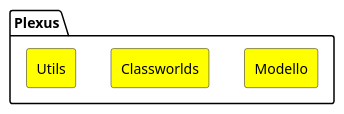
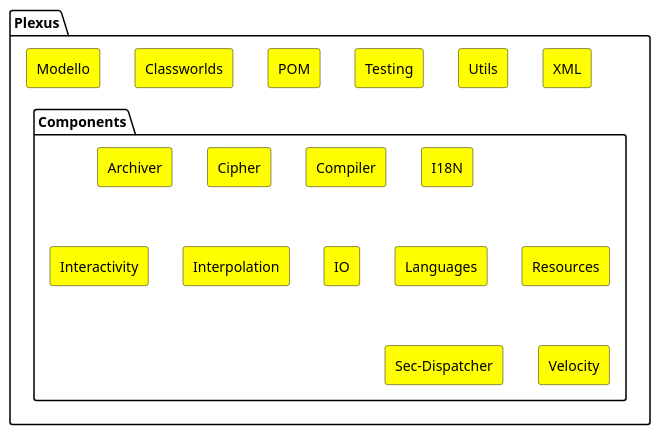
One commit to apache/maven-site changed the diagram in src/plantuml/maven-sources/plexus.puml. Above: the diagram before and after it, drawn with PlantUML.

Commit message:
Add missing modules to Maven "plexus" overview (#794)
These modules were missing in the graphics.

Additionally the modules were ordered (slightly)
lexicographically to make alignment
with apache-sources/default.xml easier.

```diff
--- a/src/plantuml/maven-sources/plexus.puml
+++ b/src/plantuml/maven-sources/plexus.puml
@@ -19,24 +19,74 @@
 @startuml
 
 <style>
     rectangle {
         BackgroundColor Yellow
     }
 }
 </style>
 
+'Keep ordering of SCM 'default.xml' repo manifest
 package "Plexus" {
+  rectangle "Modello"
+  rectangle "Classworlds"
+
+  package "Components" {
+    rectangle "Archiver"
+    rectangle "Cipher"
+    rectangle "Compiler"
+    rectangle "I18N"
+    rectangle "Interactivity"
+    rectangle "Interpolation"
+    rectangle "IO"
+    rectangle "Languages"
+    rectangle "Resources"
+    rectangle "Sec-Dispatcher"
+    rectangle "Velocity"
+  }
+
+  rectangle "POM"
+  rectangle "Testing"
   rectangle "Utils"
-  rectangle "Classworlds"
-  rectangle "Modello"
+  rectangle "XML"
 }
 
 'hidden dependencies to change layout
-"Utils" -[hidden]right-> "Classworlds"
-"Classworlds" -[hidden]right-> "Modello"
+"Modello" -[hidden]right-> "Classworlds"
+"Classworlds" -[hidden]down-> "Archiver"
 
+"Archiver" -[hidden]right-> "Cipher"
+"Cipher" -[hidden]right-> "Compiler"
+"Compiler" -[hidden]right-> "I18N"
+"I18N" -[hidden]down-> "Interactivity"
+
+"Interactivity" -[hidden]right-> "Interpolation"
+"Interpolation" -[hidden]right-> "IO"
+"IO" -[hidden]right-> "Languages"
+"Languages" -[hidden]right-> "Resources"
+"Resources" -[hidden]down-> "Sec-Dispatcher"
+"Sec-Dispatcher" -[hidden]right-> "Velocity"
+
+"Classworlds" -[hidden]right-> "POM"
+"POM" -[hidden]right-> "Testing"
+"Testing" -[hidden]right-> "Utils"
+"Utils" -[hidden]right-> "XML"
+
+url of "Modello" is [[https://github.com/codehaus-plexus/modello]]
+url of "Classworlds" is [[https://github.com/codehaus-plexus/plexus-classworlds]]
+url of "Archiver" is [[https://github.com/codehaus-plexus/plexus-archiver]]
+url of "Cipher" is [[https://github.com/codehaus-plexus/plexus-cipher]]
+url of "Compiler" is [[https://github.com/codehaus-plexus/plexus-compiler]]
+url of "I18N" is [[https://github.com/codehaus-plexus/plexus-i18n]]
+url of "Interactivity" is [[https://github.com/codehaus-plexus/plexus-interactivity]]
+url of "Interpolation" is [[https://github.com/codehaus-plexus/plexus-interpolation]]
+url of "IO" is [[https://github.com/codehaus-plexus/plexus-io]]
+url of "Languages" is [[https://github.com/codehaus-plexus/plexus-languages]]
+url of "Resources" is [[https://github.com/codehaus-plexus/plexus-resources]]
+url of "Sec-Dispatcher" is [[https://github.com/codehaus-plexus/plexus-sec-dispatcher]]
+url of "Velocity" is [[https://github.com/codehaus-plexus/plexus-velocity]]
+url of "POM" is [[https://github.com/codehaus-plexus/plexus-pom]]
+url of "Testing" is [[https://github.com/codehaus-plexus/plexus-testing]]
 url of "Utils" is [[https://github.com/codehaus-plexus/plexus-utils]]
-url of "Classworlds" is [[https://github.com/codehaus-plexus/plexus-classworlds]]
-url of "Modello" is [[https://github.com/codehaus-plexus/modello]]
+url of "XML" is [[https://github.com/codehaus-plexus/plexus-xml]]
 
 @enduml
```
